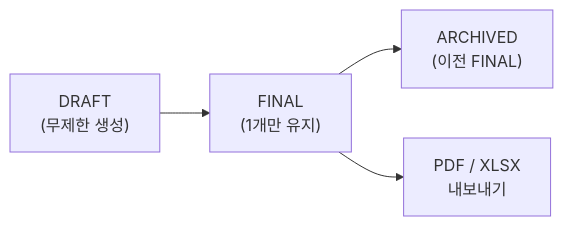
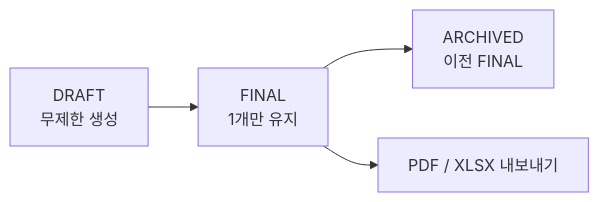
The sixth of 6 diagrams in README.md (BaekKyunShin/KPC-AX-Roadmap-Dashboard), drawn with Mermaid before and after one commit. The commit also changed other lines of this file, not shown here.

First line of the commit message:
fix: Mermaid 다이어그램 렌더링 문제 수정

````diff
--- a/README.md
+++ b/README.md
@@ -451,6 +450,6 @@
 ```mermaid
 flowchart LR
-    DRAFT["DRAFT\n(무제한 생성)"] --> FINAL["FINAL\n(1개만 유지)"]
-    FINAL --> ARCHIVED["ARCHIVED\n(이전 FINAL)"]
-    FINAL --> EXPORT["PDF / XLSX\n내보내기"]
+    DRAFT["DRAFT<br>무제한 생성"] --> FINAL["FINAL<br>1개만 유지"]
+    FINAL --> ARCHIVED["ARCHIVED<br>이전 FINAL"]
+    FINAL --> EXPORT["PDF / XLSX 내보내기"]
 ```
````
